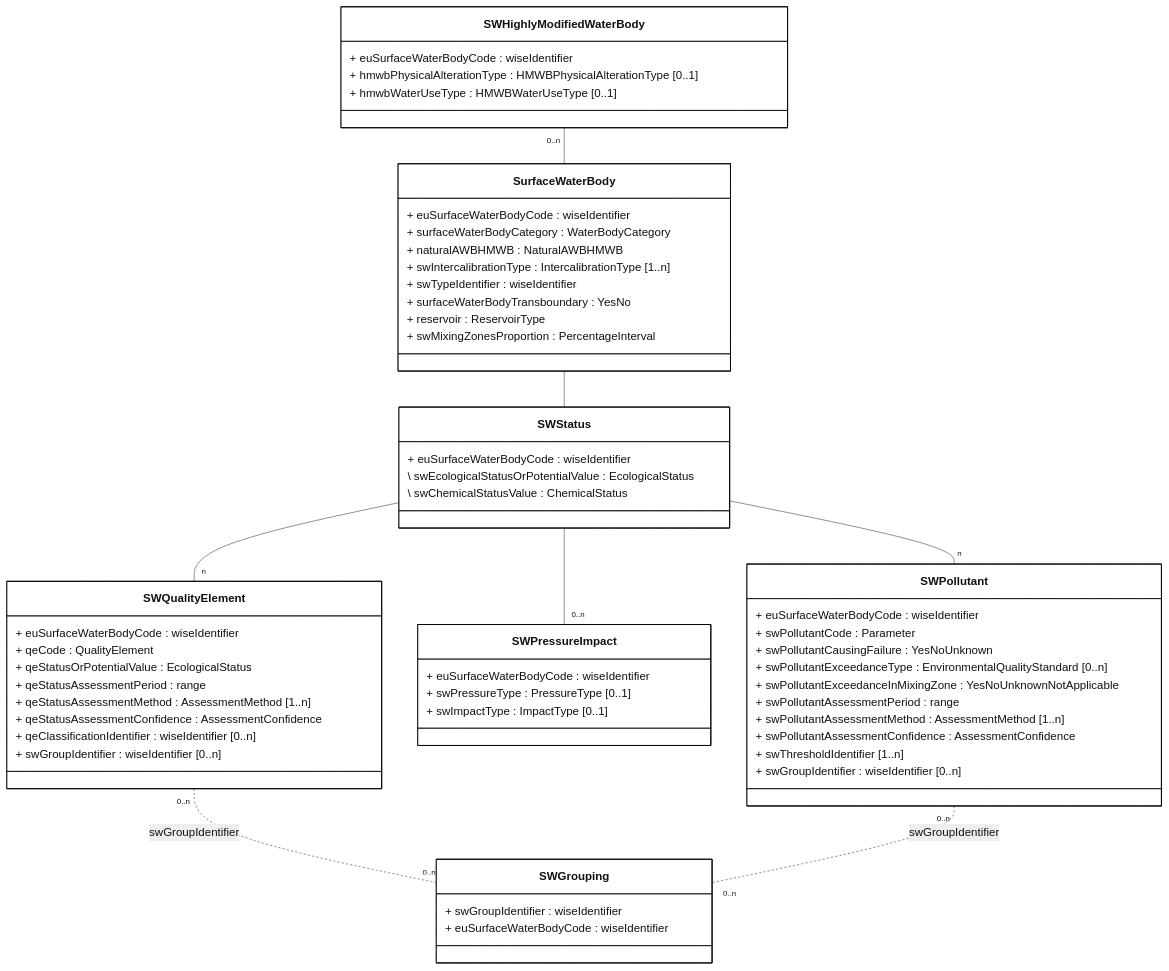
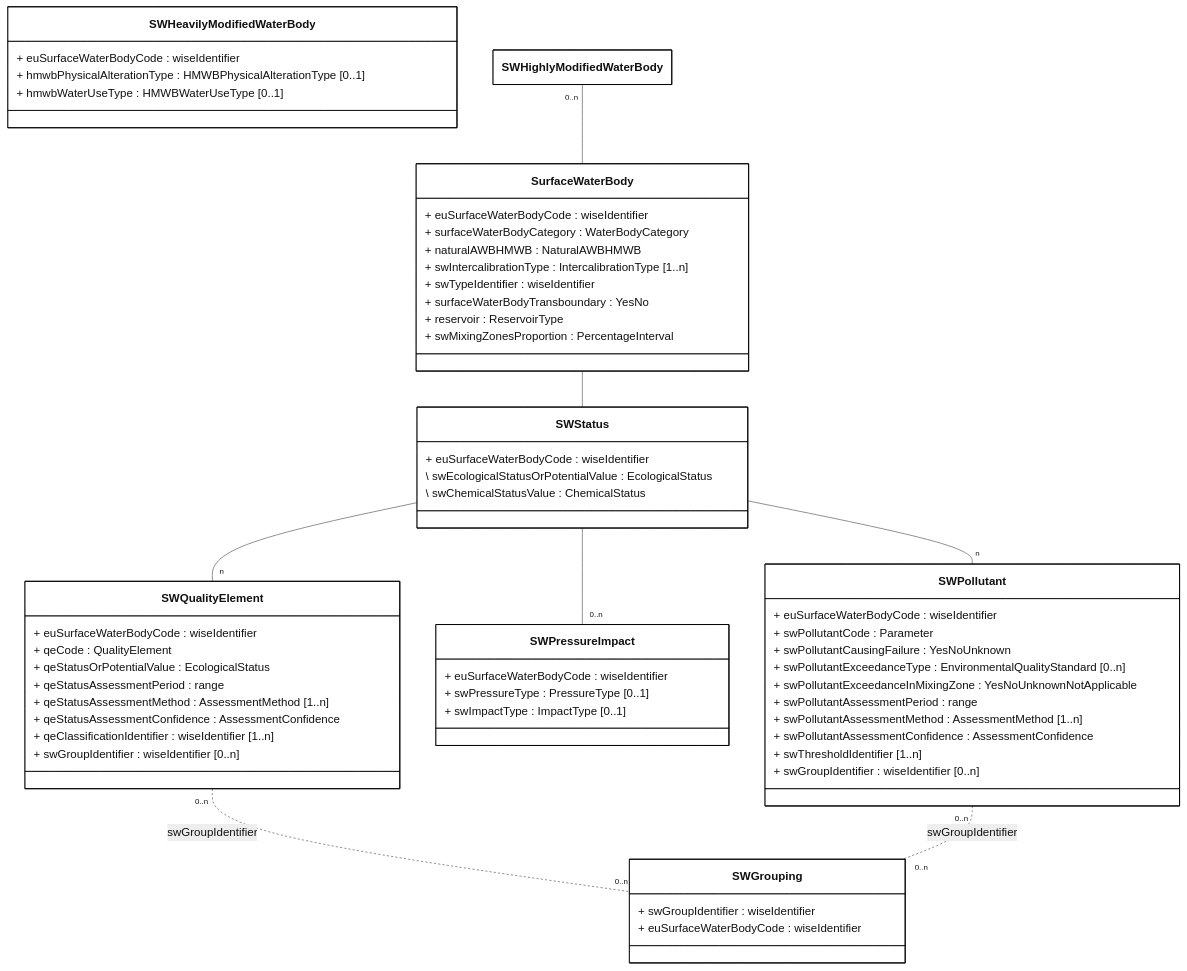
The diagram in docs/DataModelReview/mmd/SurfaceWater_4thCycle_DescriptiveData_ClassDiagram.mmd (eeadata/WISE.WFD.Documentation), drawn with Mermaid before and after one commit.

Commit message:
Rename class SWHighlyModifiedWaterBody to SWHeavilyModifiedWaterBody

```diff
--- a/docs/DataModelReview/mmd/SurfaceWater_4thCycle_DescriptiveData_ClassDiagram.mmd
+++ b/docs/DataModelReview/mmd/SurfaceWater_4thCycle_DescriptiveData_ClassDiagram.mmd
@@ -1,81 +1,81 @@
 ---
 config:
   class:
     hideEmptyMembersBox: true
   layout: dagre
   theme: neutral
 ---
 classDiagram
 direction TB
 
 class SurfaceWaterBody {
     + euSurfaceWaterBodyCode : wiseIdentifier
     + surfaceWaterBodyCategory : WaterBodyCategory
     + naturalAWBHMWB : NaturalAWBHMWB
     + swIntercalibrationType : IntercalibrationType [1..n]
     + swTypeIdentifier : wiseIdentifier
     + surfaceWaterBodyTransboundary : YesNo
     + reservoir : ReservoirType
     + swMixingZonesProportion : PercentageInterval
 }
 
 class SWStatus {
     + euSurfaceWaterBodyCode : wiseIdentifier
     \ swEcologicalStatusOrPotentialValue : EcologicalStatus
     \ swChemicalStatusValue : ChemicalStatus
 }
 
 class SWPollutant {
     + euSurfaceWaterBodyCode : wiseIdentifier
     + swPollutantCode : Parameter
     + swPollutantCausingFailure : YesNoUnknown
     + swPollutantExceedanceType : EnvironmentalQualityStandard [0..n]
     + swPollutantExceedanceInMixingZone : YesNoUnknownNotApplicable
     
     + swPollutantAssessmentPeriod : range
     + swPollutantAssessmentMethod : AssessmentMethod [1..n]
     + swPollutantAssessmentConfidence : AssessmentConfidence
 
     + swThresholdIdentifier [1..n]
     + swGroupIdentifier : wiseIdentifier [0..n]
 }
 
 class SWPressureImpact {
     + euSurfaceWaterBodyCode : wiseIdentifier
     + swPressureType : PressureType [0..1]
     + swImpactType : ImpactType  [0..1]
 }
 
-class SWHighlyModifiedWaterBody {
+class SWHeavilyModifiedWaterBody {
     + euSurfaceWaterBodyCode : wiseIdentifier
     + hmwbPhysicalAlterationType : HMWBPhysicalAlterationType [0..1]
     + hmwbWaterUseType : HMWBWaterUseType [0..1]
 }
 
 class SWQualityElement{
     + euSurfaceWaterBodyCode : wiseIdentifier
     + qeCode : QualityElement
     + qeStatusOrPotentialValue : EcologicalStatus
     + qeStatusAssessmentPeriod : range
     + qeStatusAssessmentMethod : AssessmentMethod [1..n]
     + qeStatusAssessmentConfidence : AssessmentConfidence
-    + qeClassificationIdentifier : wiseIdentifier [0..n]
+    + qeClassificationIdentifier : wiseIdentifier [1..n]
     + swGroupIdentifier : wiseIdentifier [0..n]
 }
 class SWGrouping{
     + swGroupIdentifier : wiseIdentifier
     + euSurfaceWaterBodyCode : wiseIdentifier
 }
 
 SWHighlyModifiedWaterBody "0..n" -- SurfaceWaterBody 
 SurfaceWaterBody -- SWStatus
 SWStatus -- "n" SWQualityElement
 SWStatus -- "0..n" SWPressureImpact
 SWStatus -- "n" SWPollutant
 
 SWQualityElement "0..n" .. "0..n" SWGrouping : swGroupIdentifier
 SWPollutant "0..n" .. "0..n" SWGrouping : swGroupIdentifier
 
 classDef default fill:white,stroke:#000;
 classDef forFixing fill:white,stroke:#f00;
 classDef otherDataset fill:lightyellow,stroke:#000;
```
